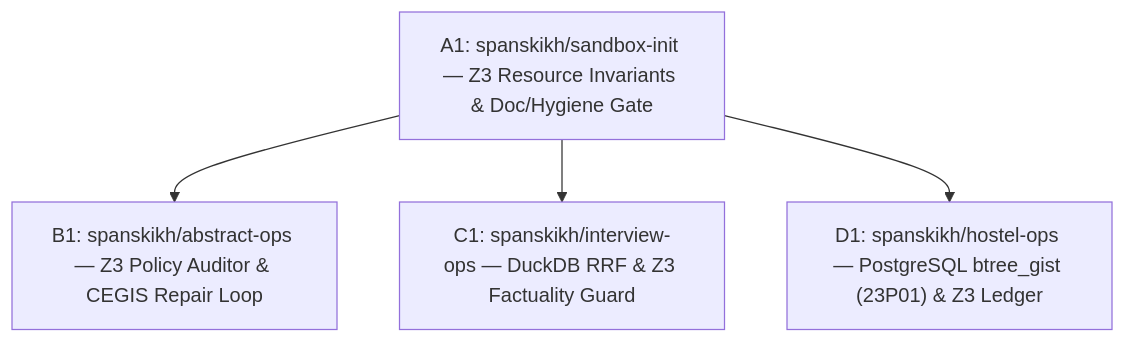
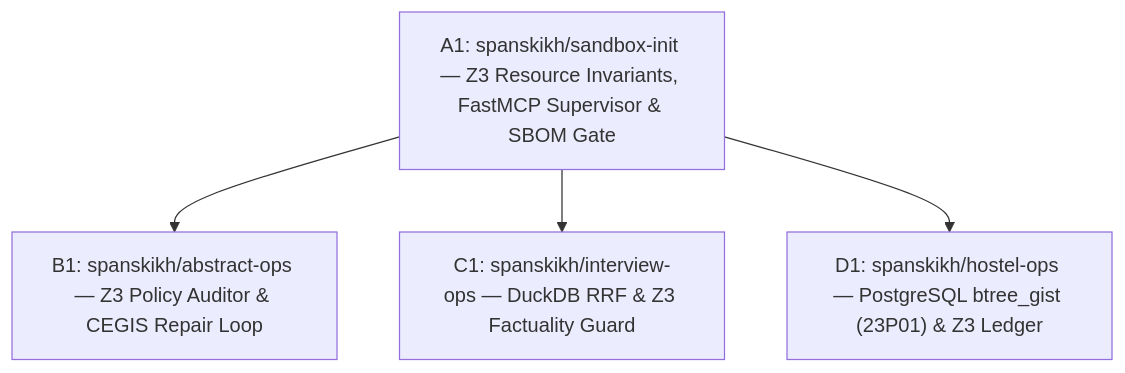
One commit to spanskikh/spanskikh changed the diagram in README.md. Above: the diagram before and after it, drawn with Mermaid. The commit also changed other lines of this file and 7 other files, not shown here.

````diff
--- a/README.md
+++ b/README.md
@@ -9,10 +12,10 @@
 ```mermaid
 flowchart TB
-    SI["A1: spanskikh/sandbox-init — Z3 Resource Invariants & Doc/Hygiene Gate"]
+    SI["A1: spanskikh/sandbox-init — Z3 Resource Invariants, FastMCP Supervisor & SBOM Gate"]
     AO["B1: spanskikh/abstract-ops — Z3 Policy Auditor & CEGIS Repair Loop"]
     IO["C1: spanskikh/interview-ops — DuckDB RRF & Z3 Factuality Guard"]
     HO["D1: spanskikh/hostel-ops — PostgreSQL btree_gist (23P01) & Z3 Ledger"]
     SI --> AO
     SI --> IO
     SI --> HO
 ```
````
